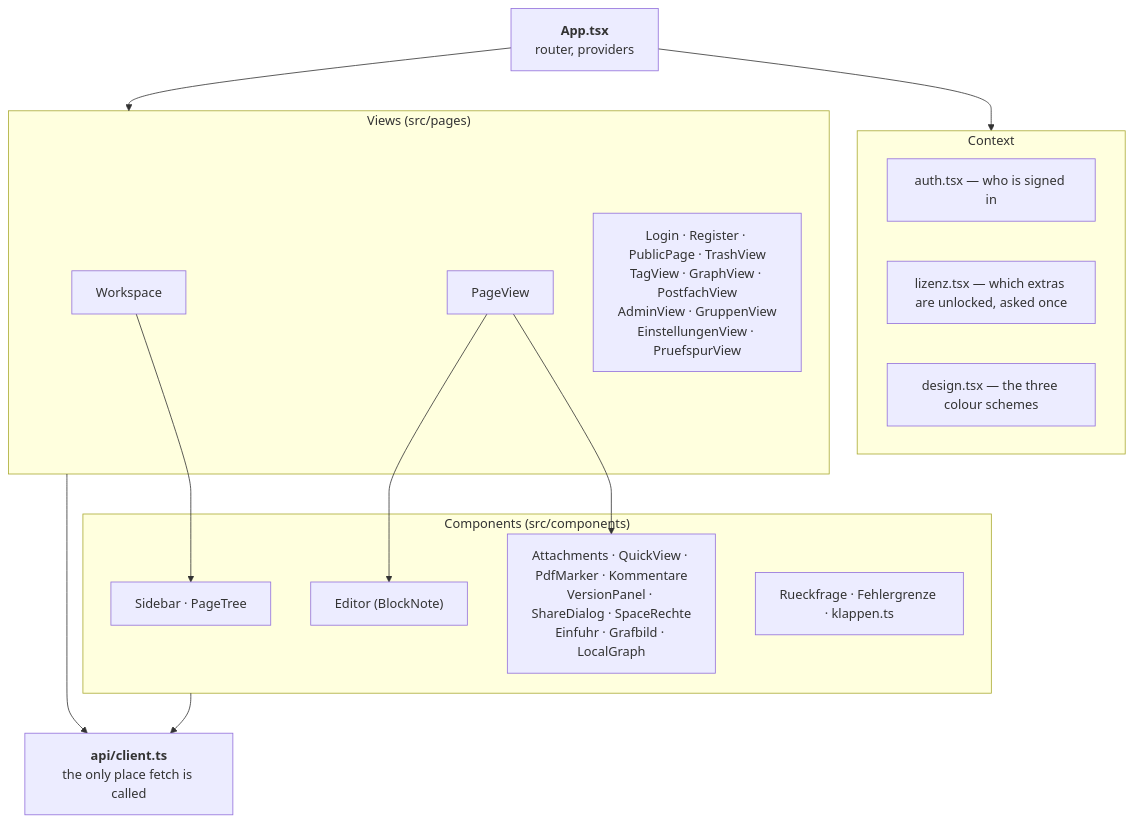
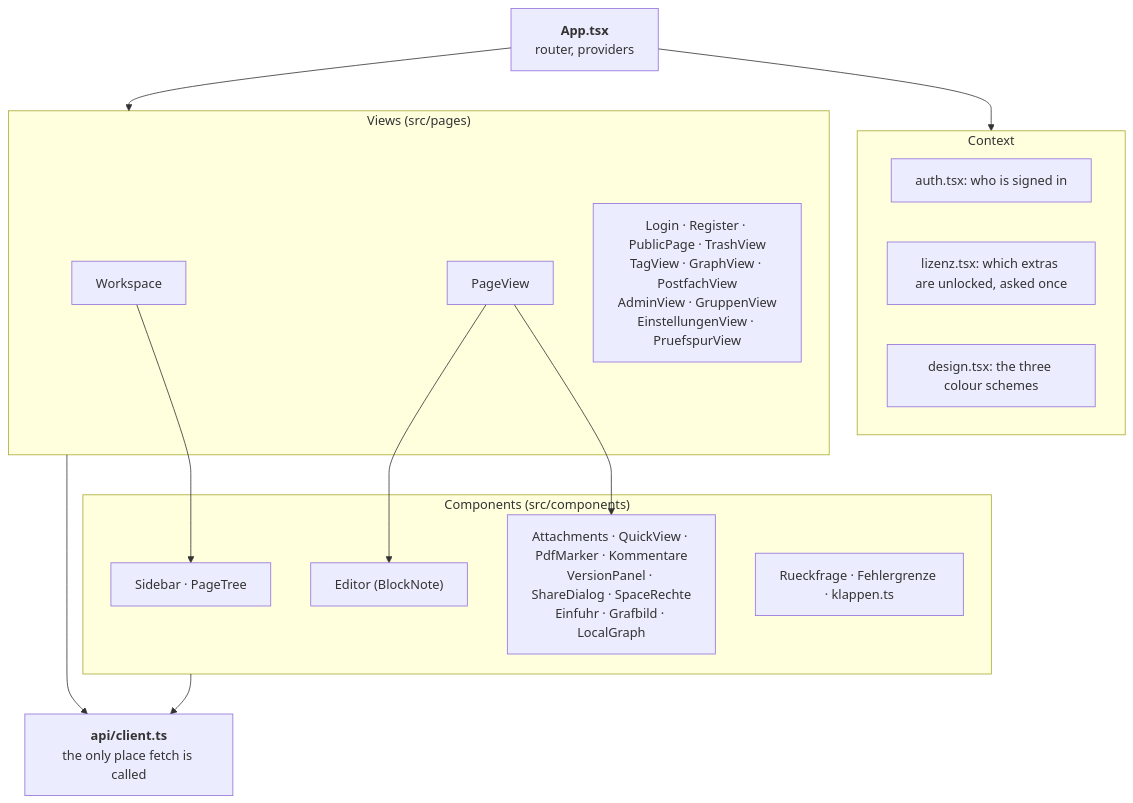
Before and after one commit to Dschonas04/Nexora: the fourth of 16 diagrams in docs/architecture.md, drawn with Mermaid. The commit also changed other lines of this file and 64 other files, not shown here.

````diff
--- a/docs/architecture.md
+++ b/docs/architecture.md
@@ -356,31 +356,31 @@
 ```mermaid
 graph TB
     app["<b>App.tsx</b><br/>router, providers"]
 
     subgraph ctx["Context"]
-        authc["auth.tsx — who is signed in"]
-        lizc["lizenz.tsx — which extras are unlocked, asked once"]
-        design["design.tsx — the three colour schemes"]
+        authc["auth.tsx: who is signed in"]
+        lizc["lizenz.tsx: which extras are unlocked, asked once"]
+        design["design.tsx: the three colour schemes"]
     end
 
     subgraph views["Views (src/pages)"]
         ws["Workspace"]
         pv["PageView"]
         rest["Login · Register · PublicPage · TrashView<br/>TagView · GraphView · PostfachView<br/>AdminView · GruppenView<br/>EinstellungenView · PruefspurView"]
     end
 
     subgraph comps["Components (src/components)"]
         side["Sidebar · PageTree"]
         ed["Editor (BlockNote)"]
         panels["Attachments · QuickView · PdfMarker · Kommentare<br/>VersionPanel · ShareDialog · SpaceRechte<br/>Einfuhr · Grafbild · LocalGraph"]
         util["Rueckfrage · Fehlergrenze · klappen.ts"]
     end
 
     client["<b>api/client.ts</b><br/>the only place fetch is called"]
 
     app --> ctx & views
     ws --> side
     pv --> ed & panels
     views --> client
     comps --> client
 ```
````
